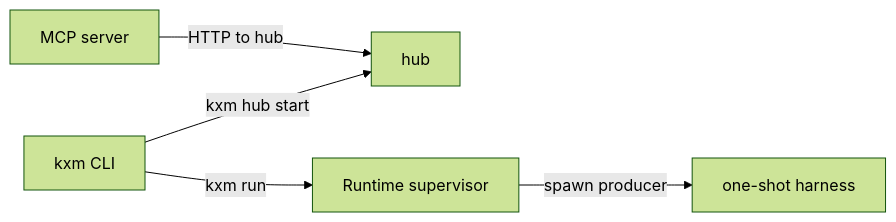
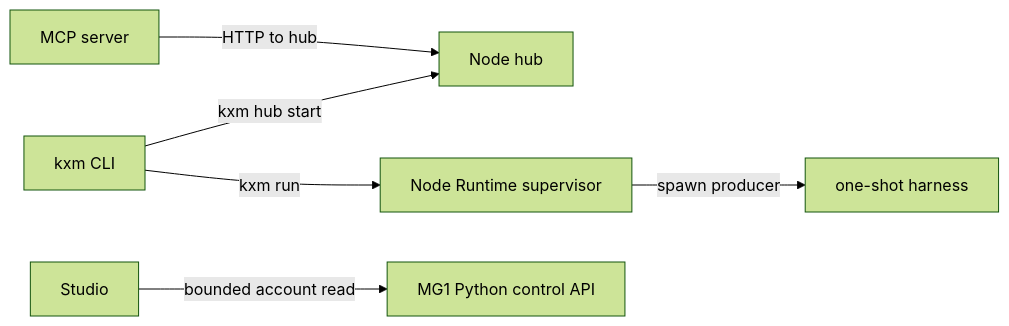
One commit to kontextmind/kxm changed the diagram in docs/architecture/platform.md. Above: the diagram before and after it, drawn with Mermaid (forest theme). The commit also changed other lines of this file and 42 other files, not shown here.

First line of the commit message:
feat: add MG1 Python control plane (#396)

````diff
--- a/docs/architecture/platform.md
+++ b/docs/architecture/platform.md
@@ -21,12 +31,15 @@
 ```mermaid
 flowchart LR
   cli["kxm CLI"]
-  hub["hub"]
-  sup["Runtime supervisor"]
+  hub["Node hub"]
+  sup["Node Runtime supervisor"]
   mcp["MCP server"]
   shot["one-shot harness"]
+  studio["Studio"]
+  control["MG1 Python control API"]
   cli -->|"kxm hub start"| hub
   mcp -->|"HTTP to hub"| hub
   cli -->|"kxm run"| sup
   sup -->|"spawn producer"| shot
+  studio -->|"bounded account read"| control
 ```
````
